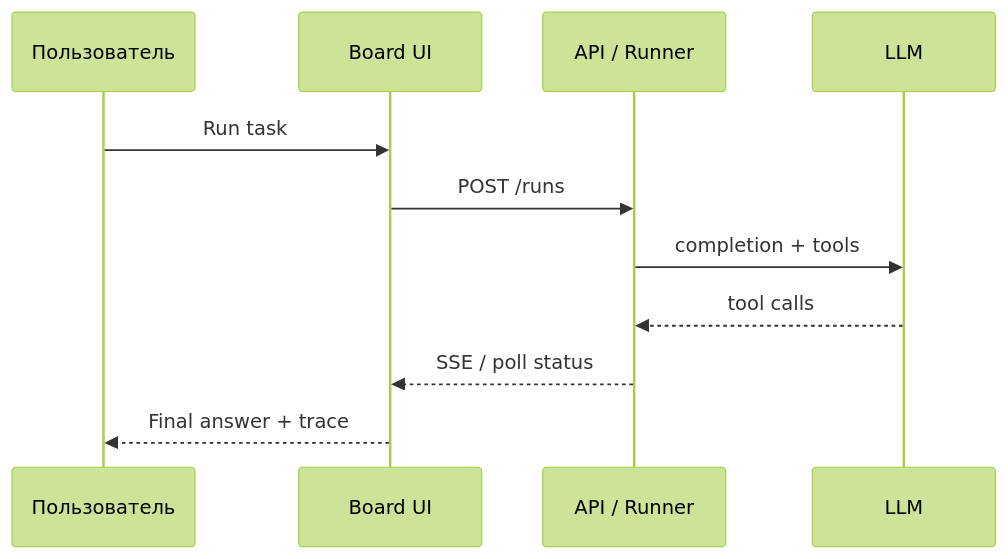
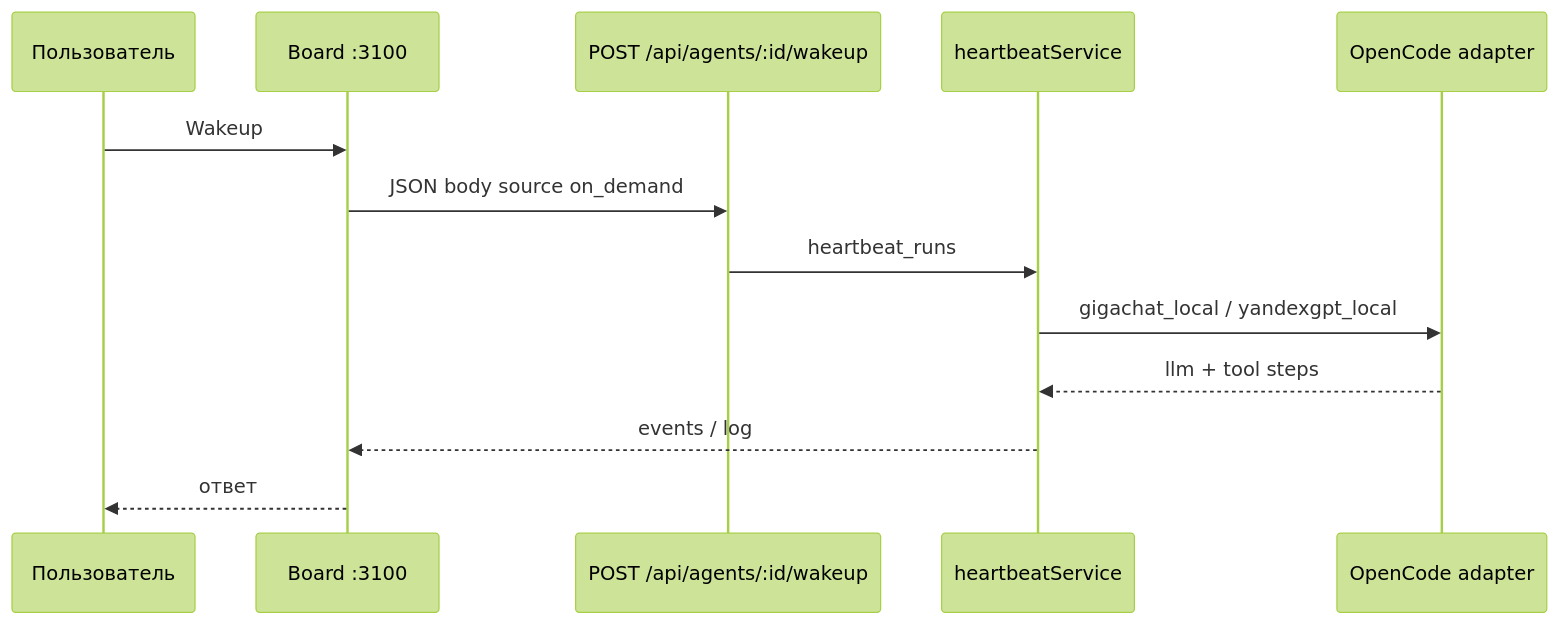
One commit to Dmitriion/datagent-docs changed the diagram in docs/getting-started/first-agent.md. Above: the diagram before and after it, drawn with Mermaid (forest theme). The commit also changed other lines of this file and 21 other files, not shown here.

````diff
--- a/docs/getting-started/first-agent.md
+++ b/docs/getting-started/first-agent.md
@@ -45,13 +61,15 @@
 ```mermaid
 sequenceDiagram
   participant U as Пользователь
-  participant B as Board UI
-  participant A as API / Runner
-  participant L as LLM
-  U->>B: Run task
-  B->>A: POST /runs
-  A->>L: completion + tools
-  L-->>A: tool calls
-  A-->>B: SSE / poll status
-  B-->>U: Final answer + trace
+  participant B as Board :3100
+  participant A as POST /api/agents/:id/wakeup
+  participant H as heartbeatService
+  participant L as OpenCode adapter
+  U->>B: Wakeup
+  B->>A: JSON body source on_demand
+  A->>H: heartbeat_runs
+  H->>L: gigachat_local / yandexgpt_local
+  L-->>H: llm + tool steps
+  H-->>B: events / log
+  B-->>U: ответ
 ```
````
